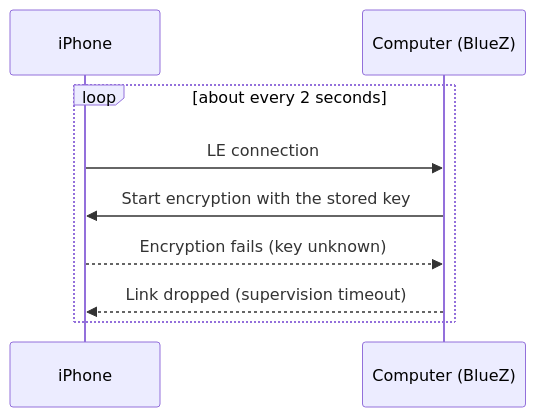
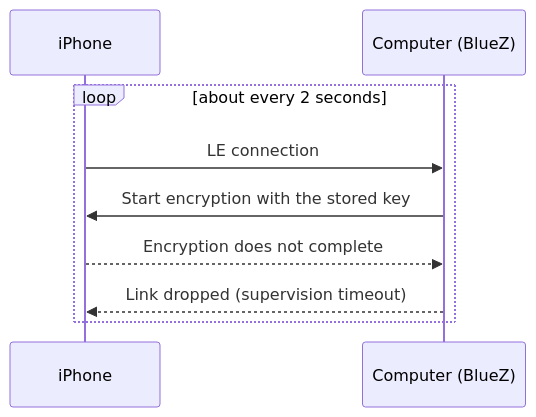
One commit to erikwb/blueferry changed the diagram in docs/en/user/stale-le-bond.md. Above: the diagram before and after it, drawn with Mermaid. The commit also changed other lines of this file and 5 other files, not shown here.

````diff
--- a/docs/en/user/stale-le-bond.md
+++ b/docs/en/user/stale-le-bond.md
@@ -15,11 +16,11 @@
 ```mermaid
 sequenceDiagram
     participant iPhone
     participant PC as Computer (BlueZ)
     loop about every 2 seconds
         iPhone->>PC: LE connection
         PC->>iPhone: Start encryption with the stored key
-        iPhone-->>PC: Encryption fails (key unknown)
+        iPhone-->>PC: Encryption does not complete
         PC-->>iPhone: Link dropped (supervision timeout)
     end
 ```
````
